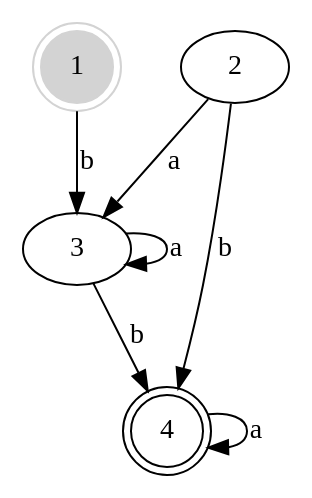
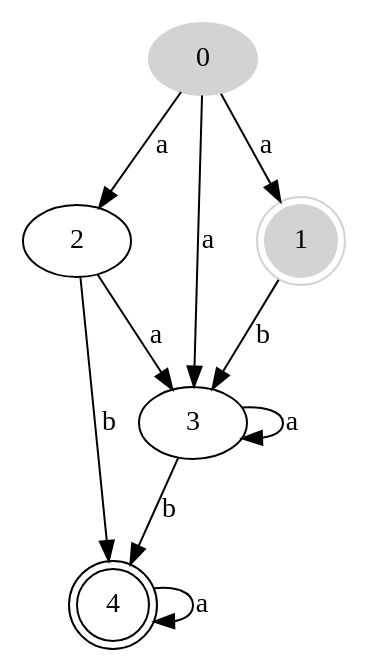
Before and after one commit to Yufei6/Automate: the diagram in build/diagramme.dot, drawn with Graphviz. The commit also changed 7 other files, not shown here.

```diff
--- a/build/diagramme.dot
+++ b/build/diagramme.dot
@@ -1,21 +1,27 @@
 digraph automaton {
 size = "8.5, 11";
 fontsize = 10;
+0[ style = filled, color=lightgrey ];
 1[ style = filled, color=lightgrey ];
 1[ shape = doublecircle ];
 4[ shape = doublecircle ];
+0->1 [ label = "a" ]; 
+0->2 [ label = "a" ]; 
+0->3 [ label = "a" ]; 
+
+
 
 1->3 [ label = "b" ]; 
 
 2->3 [ label = "a" ]; 
 
 2->4 [ label = "b" ]; 
 
 3->3 [ label = "a" ]; 
 
 3->4 [ label = "b" ]; 
 
 4->4 [ label = "a" ]; 
 
 
 }
```
